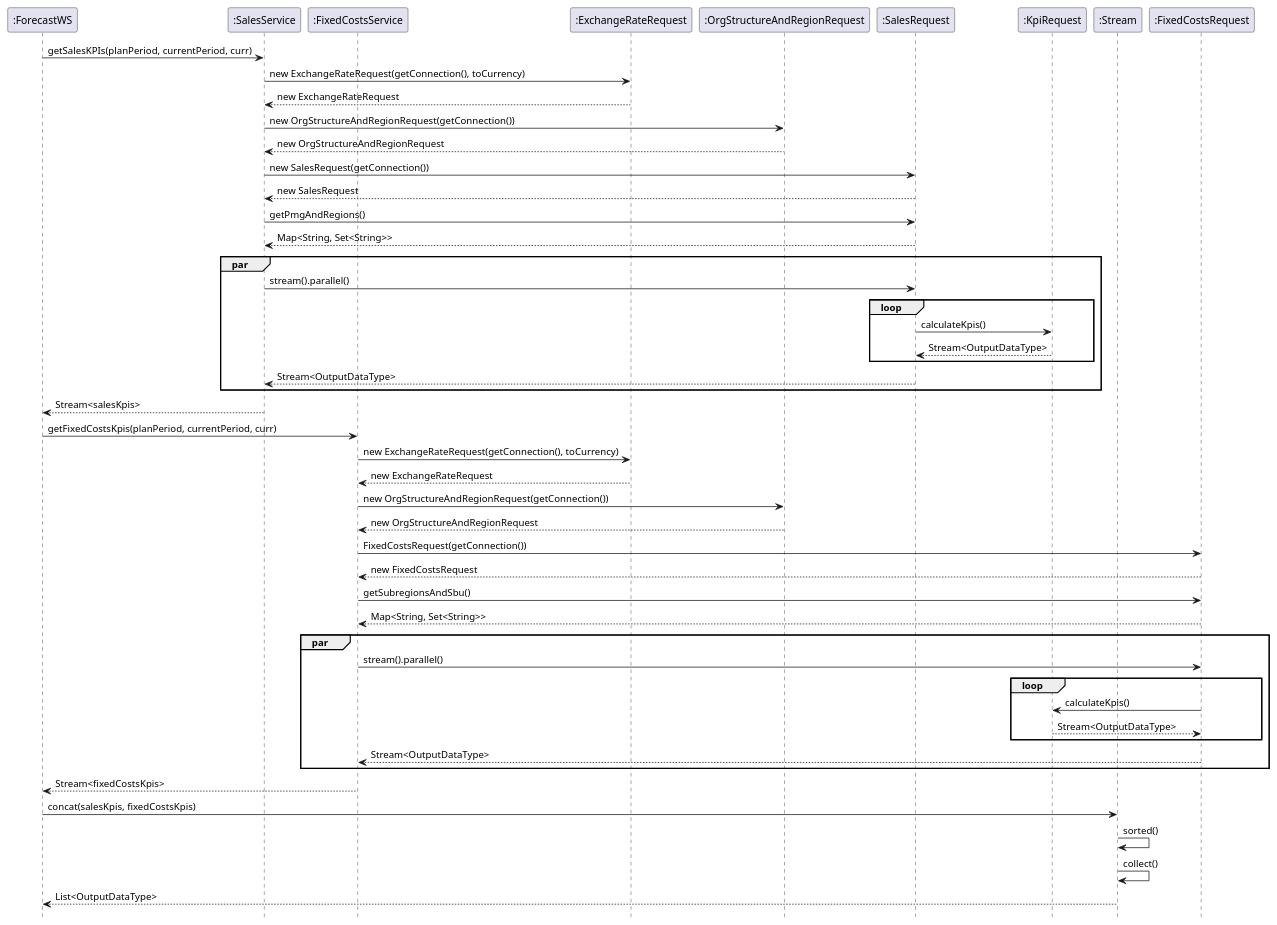
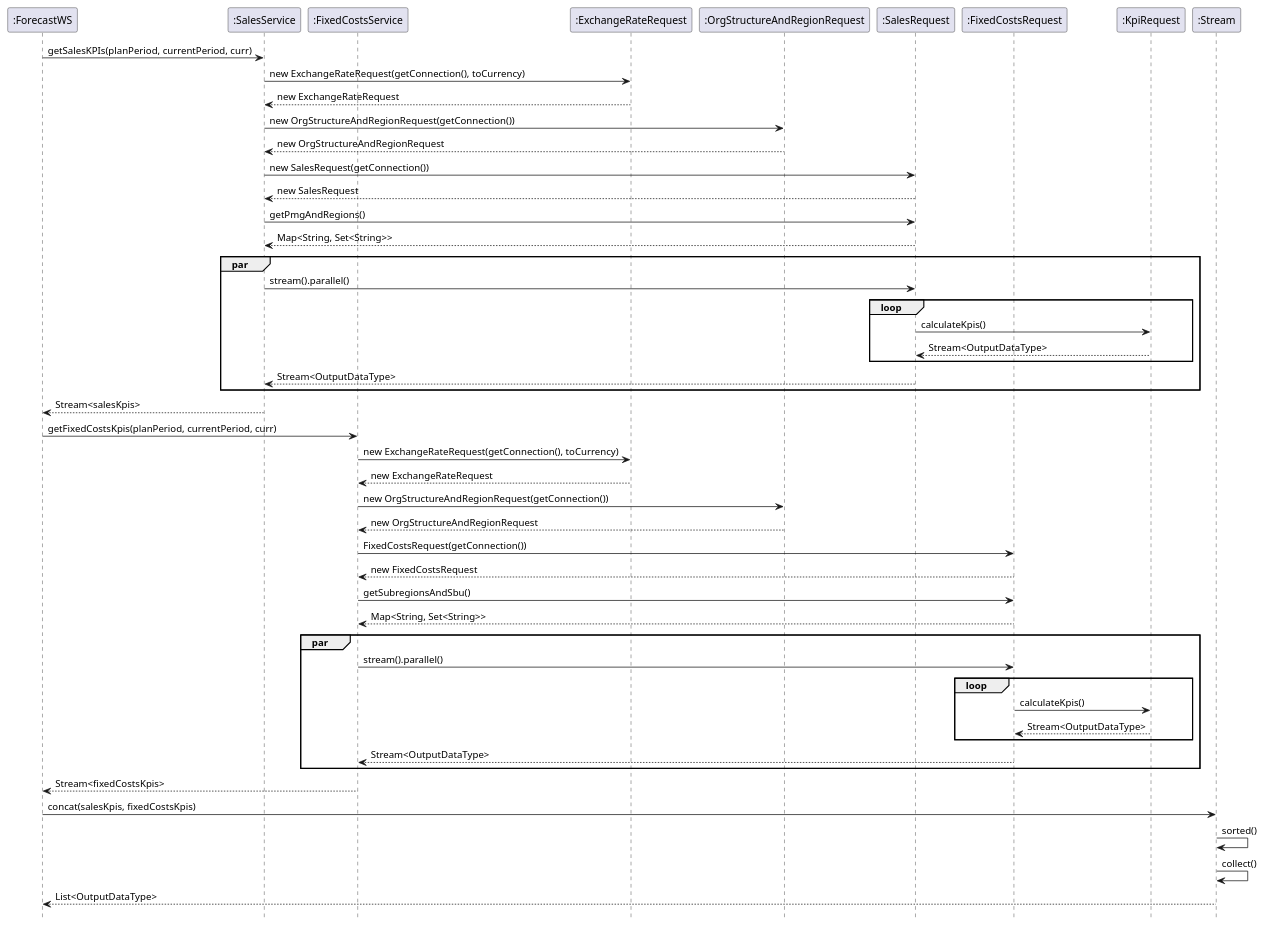
Before and after one commit to wagnst/forecast-cassandra: the diagram in diagrams/sequence/sequence_methods.puml, drawn with PlantUML.

Commit message:
update sequence diagramm

```diff
--- a/diagrams/sequence/sequence_methods.puml
+++ b/diagrams/sequence/sequence_methods.puml
@@ -1,67 +1,68 @@
 @startuml
 
 hide footbox
 participant  ":ForecastWS"
 participant  ":SalesService"
 participant  ":FixedCostsService"
 participant  ":ExchangeRateRequest"
 participant  ":OrgStructureAndRegionRequest"
 participant  ":SalesRequest"
+participant  ":FixedCostsRequest"
 participant  ":KpiRequest"
 participant  ":Stream"
-participant  ":FixedCostsRequest"
+
 
 
 ":ForecastWS" -> ":SalesService" : getSalesKPIs(planPeriod, currentPeriod, curr)
 ":SalesService" -> ":ExchangeRateRequest" : new ExchangeRateRequest(getConnection(), toCurrency)
 ":ExchangeRateRequest" --> ":SalesService" : new ExchangeRateRequest
 ":SalesService" -> ":OrgStructureAndRegionRequest" : new OrgStructureAndRegionRequest(getConnection())
 ":OrgStructureAndRegionRequest" --> ":SalesService" : new OrgStructureAndRegionRequest
 ":SalesService" -> ":SalesRequest" : new SalesRequest(getConnection())
 ":SalesRequest" --> ":SalesService" : new SalesRequest
 ":SalesService" -> ":SalesRequest" : getPmgAndRegions()
 ":SalesRequest" --> ":SalesService" : Map<String, Set<String>>
 par
     ":SalesService" -> ":SalesRequest": stream().parallel()
     loop
         ":SalesRequest" -> ":KpiRequest" : calculateKpis()
         ":KpiRequest"  --> ":SalesRequest" : Stream<OutputDataType>
     end
     ":SalesRequest" --> ":SalesService" : Stream<OutputDataType>
 end
 ":SalesService" --> ":ForecastWS" : Stream<salesKpis>
 
 
 
 ":ForecastWS" -> ":FixedCostsService" : getFixedCostsKpis(planPeriod, currentPeriod, curr)
 ":FixedCostsService" -> ":ExchangeRateRequest" : new ExchangeRateRequest(getConnection(), toCurrency)
 ":ExchangeRateRequest" --> ":FixedCostsService" : new ExchangeRateRequest
 ":FixedCostsService" ->  ":OrgStructureAndRegionRequest" : new OrgStructureAndRegionRequest(getConnection())
 ":OrgStructureAndRegionRequest" --> ":FixedCostsService" : new OrgStructureAndRegionRequest
 ":FixedCostsService" -> ":FixedCostsRequest" : FixedCostsRequest(getConnection())
 ":FixedCostsRequest" --> ":FixedCostsService" : new FixedCostsRequest
 ":FixedCostsService" -> ":FixedCostsRequest" : getSubregionsAndSbu()
 ":FixedCostsRequest" --> ":FixedCostsService" : Map<String, Set<String>>
 par
     ":FixedCostsService" -> ":FixedCostsRequest": stream().parallel()
     loop
         ":FixedCostsRequest" -> ":KpiRequest" : calculateKpis()
         ":KpiRequest"  --> ":FixedCostsRequest" : Stream<OutputDataType>
     end
     ":FixedCostsRequest" --> ":FixedCostsService" : Stream<OutputDataType>
 end
 ":FixedCostsService" --> ":ForecastWS" : Stream<fixedCostsKpis>
 
 
 ":ForecastWS" -> ":Stream" : concat(salesKpis, fixedCostsKpis)
 ":Stream" -> ":Stream" : sorted()
 ":Stream" -> ":Stream" : collect()
 ":Stream" --> ":ForecastWS" : List<OutputDataType>
 
 
 
 
 
 
 
 @enduml
```
